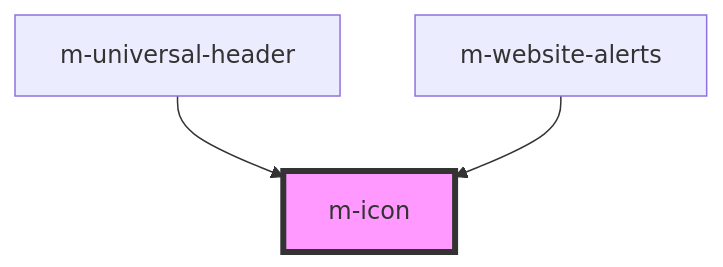
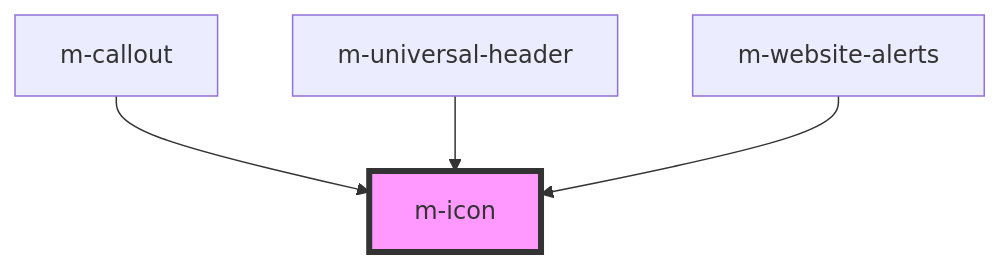
Before and after one commit to mlibrary/design-system-old: the diagram in src/components/icon/readme.md, drawn with Mermaid. The commit also changed other lines of this file and 14 other files, not shown here.

````diff
--- a/src/components/icon/readme.md
+++ b/src/components/icon/readme.md
@@ -23,6 +25,7 @@
 ```mermaid
 graph TD;
+  m-callout --> m-icon
   m-universal-header --> m-icon
   m-website-alerts --> m-icon
   style m-icon fill:#f9f,stroke:#333,stroke-width:4px
 ```
````
